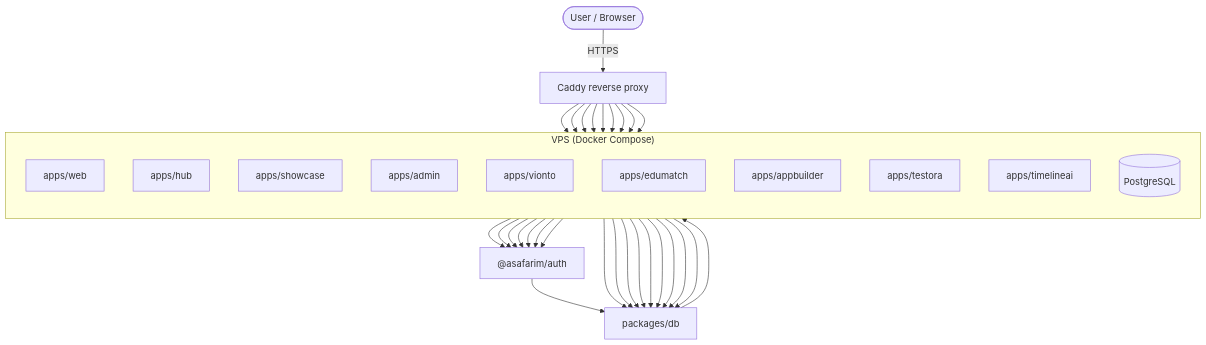
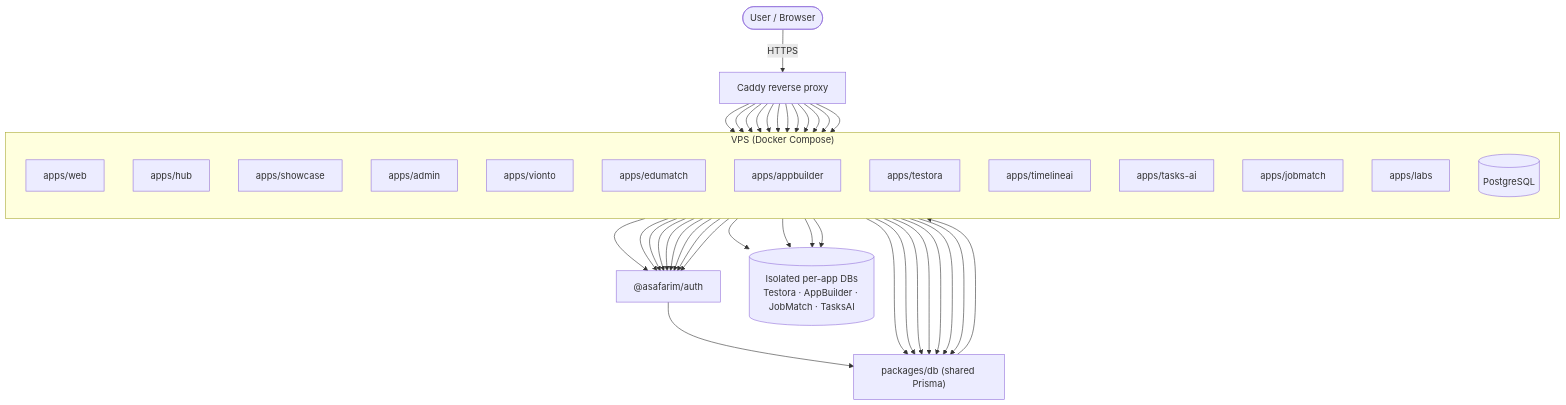
The first of 3 diagrams in README.md (AliSafari-IT/asafarim-platform), drawn with Mermaid before and after one commit. The commit also changed other lines of this file and 1 other file, not shown here.

First line of the commit message:
docs(readme): sync root + tasks-ai READMEs with shipped apps and deployment model

````diff
--- a/README.md
+++ b/README.md
@@ -18,49 +21,60 @@
 ```mermaid
 flowchart TD
     User([User / Browser])
     Caddy[Caddy reverse proxy]
     subgraph VPS ["VPS (Docker Compose)"]
         direction TB
         Web[apps/web]
         Hub[apps/hub]
         Showcase[apps/showcase]
         Admin[apps/admin]
         Vionto[apps/vionto]
         EduMatch[apps/edumatch]
         AppBuilder[apps/appbuilder]
         Testora[apps/testora]
         TimelineAI[apps/timelineai]
+        TasksAI[apps/tasks-ai]
+        JobMatch[apps/jobmatch]
+        Labs[apps/labs]
         Postgres[(PostgreSQL)]
     end
     Auth["@asafarim/auth"]
-    DB["packages/db"]
+    DB["packages/db (shared Prisma)"]
+    IsolatedDB[(Isolated per-app DBs<br/>Testora · AppBuilder · JobMatch · TasksAI)]
 
     User -->|HTTPS| Caddy
     Caddy --> Web
     Caddy --> Hub
     Caddy --> Showcase
     Caddy --> Admin
     Caddy --> Vionto
     Caddy --> EduMatch
     Caddy --> AppBuilder
     Caddy --> Testora
     Caddy --> TimelineAI
+    Caddy --> TasksAI
+    Caddy --> JobMatch
+    Caddy --> Labs
     Web --> DB
     Hub --> DB
     Showcase --> DB
     Admin --> DB
     Vionto --> DB
     EduMatch --> DB
-    AppBuilder --> DB
-    Testora --> DB
     TimelineAI --> DB
+    AppBuilder --> IsolatedDB
+    Testora --> IsolatedDB
+    JobMatch --> IsolatedDB
+    TasksAI --> IsolatedDB
     Hub --> Auth
     Admin --> Auth
     Vionto --> Auth
     EduMatch --> Auth
     AppBuilder --> Auth
     Testora --> Auth
     TimelineAI --> Auth
+    TasksAI --> Auth
+    JobMatch --> Auth
     Auth --> DB
     DB --> Postgres
 ```
````
